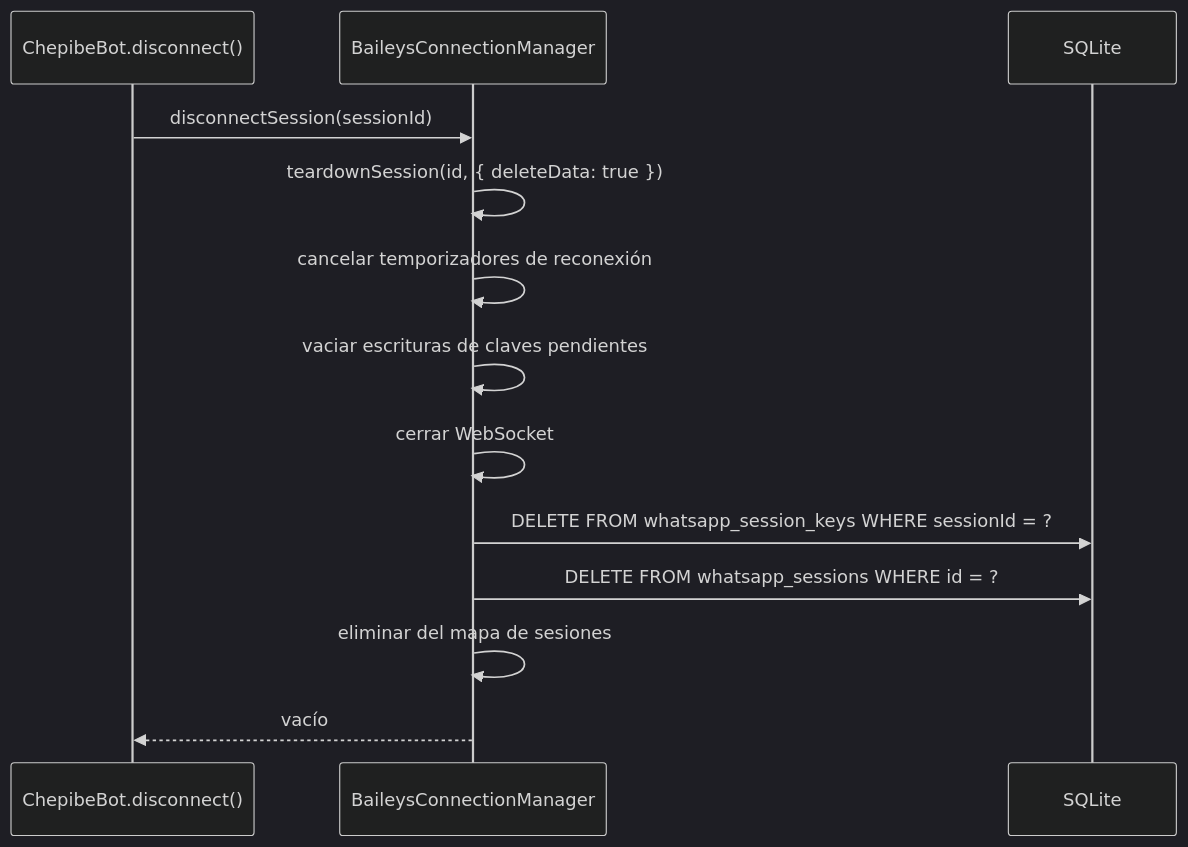
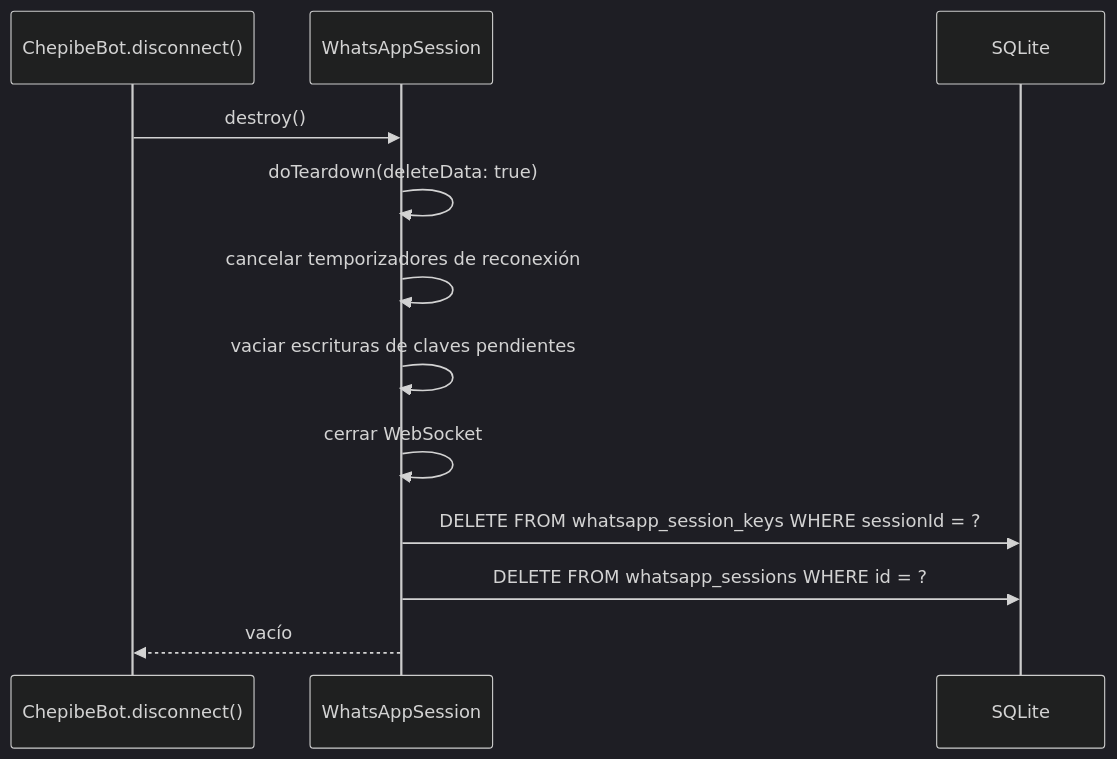
The eighth of 9 diagrams in docs/whatsapp-session-lifecycle.md (Fibra-Labs/chepibe-personal), drawn with Mermaid (dark theme) before and after one commit. The commit also changed other lines of this file and 41 other files, not shown here.

First line of the commit message:
refactor(types): SessionStatus enum, Baileys namespace, StateMachineAction

````diff
--- a/docs/whatsapp-session-lifecycle.md
+++ b/docs/whatsapp-session-lifecycle.md
@@ -214,16 +204,15 @@
 ```mermaid
 sequenceDiagram
     participant BOT as ChepibeBot.disconnect()
-    participant MGR as BaileysConnectionManager
+    participant WS as WhatsAppSession
     participant DB as SQLite
 
-    BOT->>MGR: disconnectSession(sessionId)
-    MGR->>MGR: teardownSession(id, { deleteData: true })
-    MGR->>MGR: cancelar temporizadores de reconexión
-    MGR->>MGR: vaciar escrituras de claves pendientes
-    MGR->>MGR: cerrar WebSocket
-    MGR->>DB: DELETE FROM whatsapp_session_keys WHERE sessionId = ?
-    MGR->>DB: DELETE FROM whatsapp_sessions WHERE id = ?
-    MGR->>MGR: eliminar del mapa de sesiones
-    MGR-->>BOT: vacío
+    BOT->>WS: destroy()
+    WS->>WS: doTeardown(deleteData: true)
+    WS->>WS: cancelar temporizadores de reconexión
+    WS->>WS: vaciar escrituras de claves pendientes
+    WS->>WS: cerrar WebSocket
+    WS->>DB: DELETE FROM whatsapp_session_keys WHERE sessionId = ?
+    WS->>DB: DELETE FROM whatsapp_sessions WHERE id = ?
+    WS-->>BOT: vacío
 ```
````
